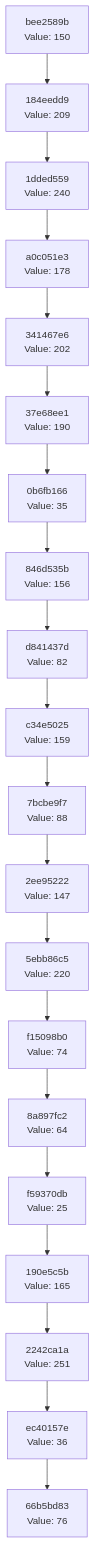
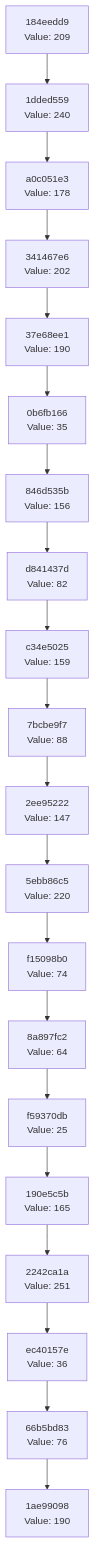
The diagram in docs/CHAIN_VISUALIZATION.md (Abhisheksinha1506/hash-chain-evolver), drawn with Mermaid before and after one commit. The commit also changed 3 other files, not shown here.

````diff
--- a/docs/CHAIN_VISUALIZATION.md
+++ b/docs/CHAIN_VISUALIZATION.md
@@ -3,42 +3,42 @@
 ```mermaid
 graph TD
-    C0["66b5bd83<br/>Value: 76"]
-    C1["ec40157e<br/>Value: 36"]
+    C0["1ae99098<br/>Value: 190"]
+    C1["66b5bd83<br/>Value: 76"]
     C1 --> C0
-    C2["2242ca1a<br/>Value: 251"]
+    C2["ec40157e<br/>Value: 36"]
     C2 --> C1
-    C3["190e5c5b<br/>Value: 165"]
+    C3["2242ca1a<br/>Value: 251"]
     C3 --> C2
-    C4["f59370db<br/>Value: 25"]
+    C4["190e5c5b<br/>Value: 165"]
     C4 --> C3
-    C5["8a897fc2<br/>Value: 64"]
+    C5["f59370db<br/>Value: 25"]
     C5 --> C4
-    C6["f15098b0<br/>Value: 74"]
+    C6["8a897fc2<br/>Value: 64"]
     C6 --> C5
-    C7["5ebb86c5<br/>Value: 220"]
+    C7["f15098b0<br/>Value: 74"]
     C7 --> C6
-    C8["2ee95222<br/>Value: 147"]
+    C8["5ebb86c5<br/>Value: 220"]
     C8 --> C7
-    C9["7bcbe9f7<br/>Value: 88"]
+    C9["2ee95222<br/>Value: 147"]
     C9 --> C8
-    C10["c34e5025<br/>Value: 159"]
+    C10["7bcbe9f7<br/>Value: 88"]
     C10 --> C9
-    C11["d841437d<br/>Value: 82"]
+    C11["c34e5025<br/>Value: 159"]
     C11 --> C10
-    C12["846d535b<br/>Value: 156"]
+    C12["d841437d<br/>Value: 82"]
     C12 --> C11
-    C13["0b6fb166<br/>Value: 35"]
+    C13["846d535b<br/>Value: 156"]
     C13 --> C12
-    C14["37e68ee1<br/>Value: 190"]
+    C14["0b6fb166<br/>Value: 35"]
     C14 --> C13
-    C15["341467e6<br/>Value: 202"]
+    C15["37e68ee1<br/>Value: 190"]
     C15 --> C14
-    C16["a0c051e3<br/>Value: 178"]
+    C16["341467e6<br/>Value: 202"]
     C16 --> C15
-    C17["1dded559<br/>Value: 240"]
+    C17["a0c051e3<br/>Value: 178"]
     C17 --> C16
-    C18["184eedd9<br/>Value: 209"]
+    C18["1dded559<br/>Value: 240"]
     C18 --> C17
-    C19["bee2589b<br/>Value: 150"]
+    C19["184eedd9<br/>Value: 209"]
     C19 --> C18
 ```
````
